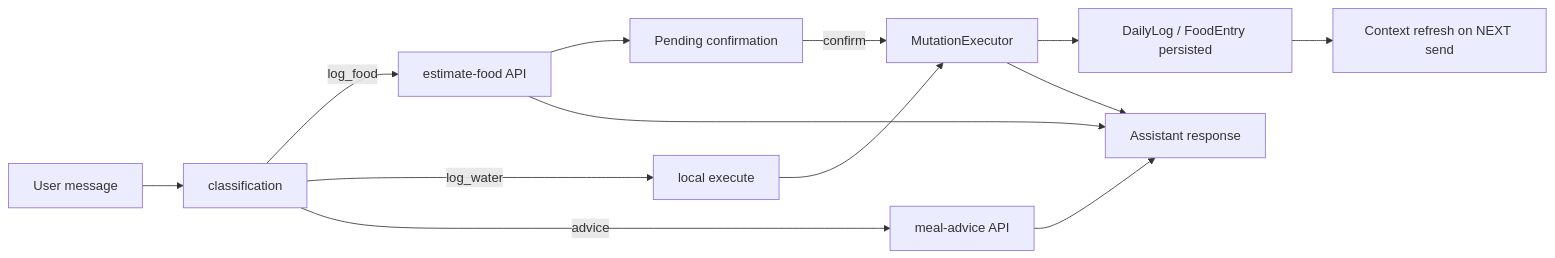
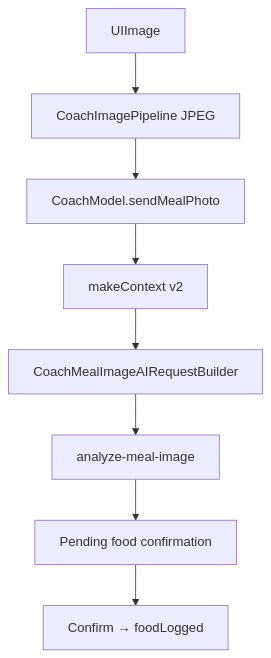
One commit to isaacchua0309/FitnessCoach changed the eighth of 9 diagrams in Docs/Coach/COACH_FULL_CONTEXT_PACKET.md. Above: the diagram before and after it, drawn with Mermaid. The commit also changed other lines of this file and 28 other files, not shown here.

First line of the commit message:
Fix post-v2 build errors and update Coach context documentation.

````diff
--- a/Docs/Coach/COACH_FULL_CONTEXT_PACKET.md
+++ b/Docs/Coach/COACH_FULL_CONTEXT_PACKET.md
@@ -586,15 +811,10 @@
 ```mermaid
-flowchart LR
-    UM[User message] --> C[classification]
-    C -->|log_food| E[estimate-food API]
-    C -->|log_water| L[local execute]
-    C -->|advice| A[meal-advice API]
-    E --> PC[Pending confirmation]
-    PC -->|confirm| M[MutationExecutor]
-    L --> M
-    M --> DL[DailyLog / FoodEntry persisted]
-    DL --> CR[Context refresh on NEXT send]
-    E --> AR[Assistant response]
-    A --> AR
-    M --> AR
+flowchart TD
+    IMG[UIImage] --> PIPE[CoachImagePipeline JPEG]
+    PIPE --> CM[CoachModel.sendMealPhoto]
+    CM --> CTX[makeContext v2]
+    CTX --> REQ[CoachMealImageAIRequestBuilder]
+    REQ --> API[analyze-meal-image]
+    API --> PEND[Pending food confirmation]
+    PEND --> CONF[Confirm → foodLogged]
 ```
````
